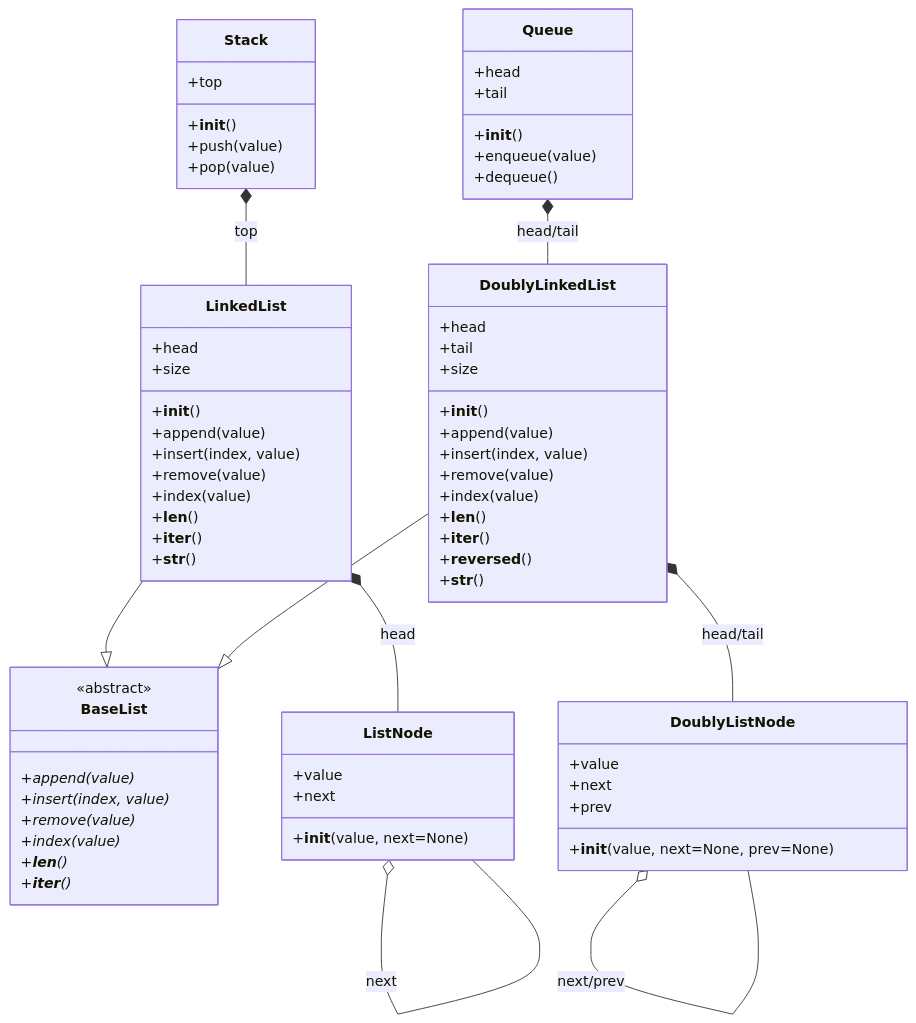
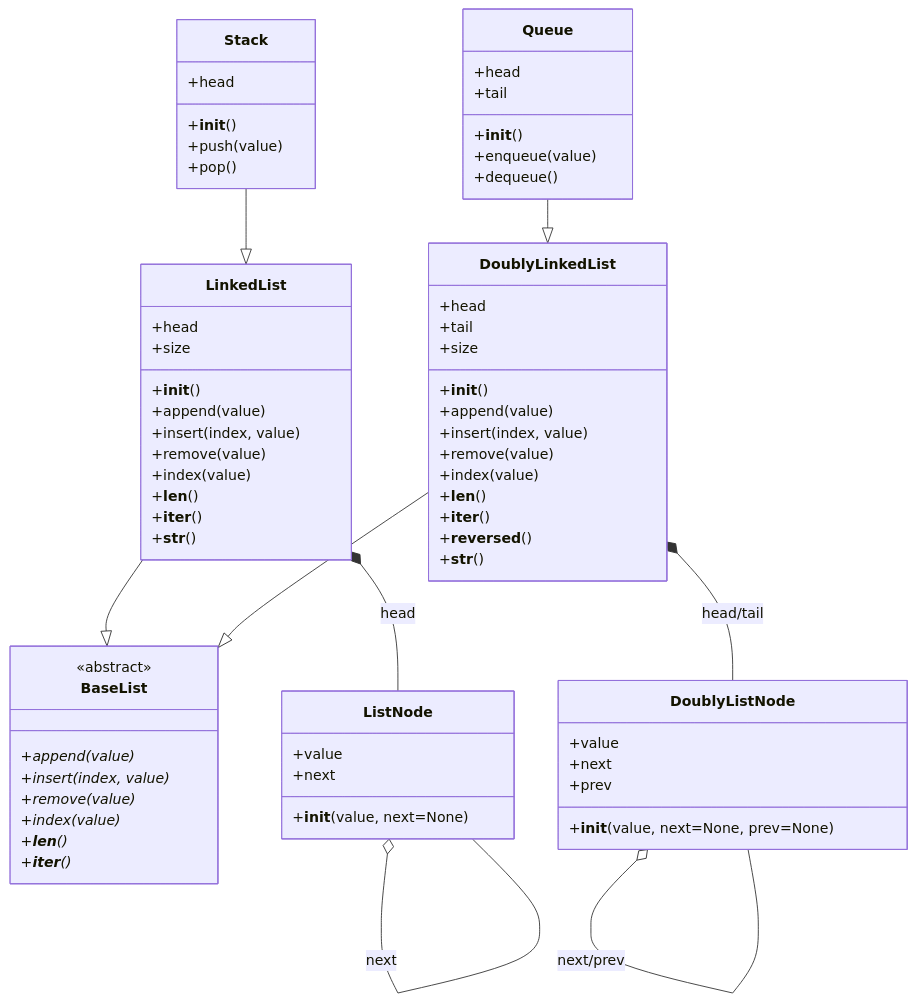
The diagram in Rehash-task-3-plus.md (hse-algo-psapr-25/code-tasks), drawn with Mermaid before and after one commit.

Commit message:
Исправил комментарии 4, 5. Задание выполнено

````diff
--- a/Rehash-task-3-plus.md
+++ b/Rehash-task-3-plus.md
@@ -73,10 +73,10 @@
     } 
 
     class Stack {
-        +top
+        +head
         +__init__()
         +push(value)
-        +pop(value)
+        +pop()
     }
 
     class DoublyListNode {
@@ -112,15 +112,14 @@
     %% Наследование
     LinkedList --|> BaseList
     DoublyLinkedList --|> BaseList
+    Stack --|> LinkedList
+    Queue --|> DoublyLinkedList
 
     %% Агрегации/композиции
     LinkedList *-- ListNode : head
     ListNode o-- ListNode : next
 
-    Stack *-- LinkedList : top
-
     DoublyLinkedList *-- DoublyListNode : head/tail
     DoublyListNode o-- DoublyListNode : next/prev
 
-    Queue *-- DoublyLinkedList : head/tail
 ```
````
